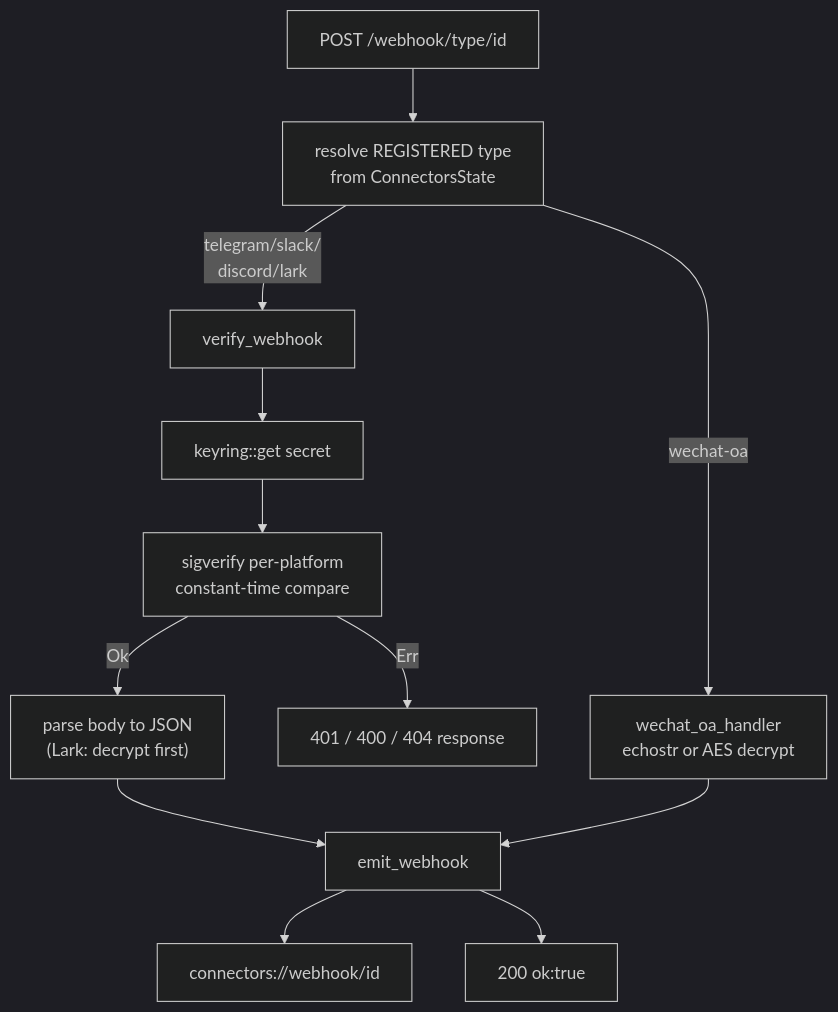
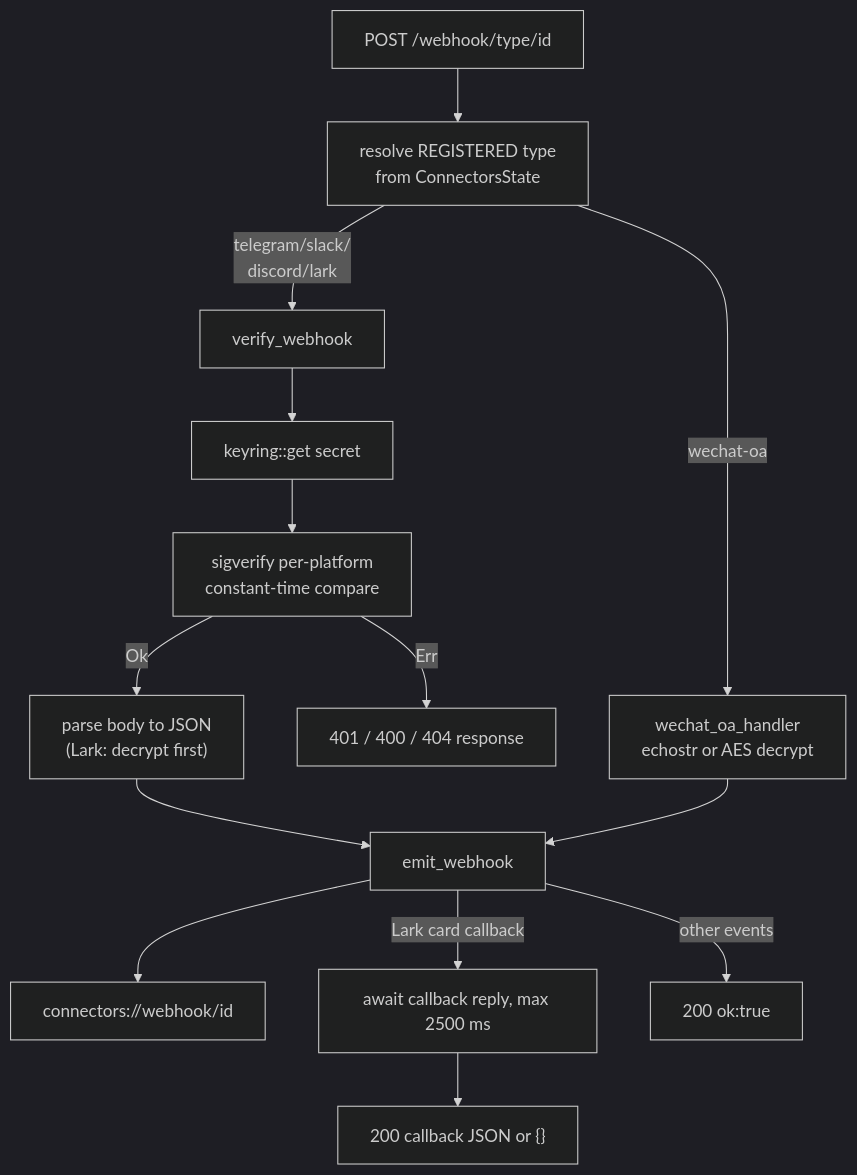
Before and after one commit to MaxQian888/cognia-next: the first of 2 diagrams in docs/content/docs/en/subsystems/platform-connectors/rust-layer.mdx, drawn with Mermaid (dark theme). The commit also changed other lines of this file and 74 other files, not shown here.

````diff
--- a/docs/content/docs/en/subsystems/platform-connectors/rust-layer.mdx
+++ b/docs/content/docs/en/subsystems/platform-connectors/rust-layer.mdx
@@ -95,14 +98,16 @@
 ```mermaid
 flowchart TD
   REQ["POST /webhook/type/id"] --> RES["resolve REGISTERED type<br/>from ConnectorsState"]
   RES -->|"wechat-oa"| WOA["wechat_oa_handler<br/>echostr or AES decrypt"]
   RES -->|"telegram/slack/<br/>discord/lark"| VW["verify_webhook"]
   VW --> KR["keyring::get secret"]
   KR --> SV["sigverify per-platform<br/>constant-time compare"]
   SV -->|"Err"| E401["401 / 400 / 404 response"]
   SV -->|"Ok"| PARSE["parse body to JSON<br/>(Lark: decrypt first)"]
   PARSE --> EMIT["emit_webhook"]
   EMIT --> CH["connectors://webhook/id"]
-  EMIT --> OK["200 ok:true"]
+  EMIT -->|"Lark card callback"| WAIT["await callback reply, max 2500 ms"]
+  WAIT --> REPLY["200 callback JSON or {}"]
+  EMIT -->|"other events"| OK["200 ok:true"]
   WOA --> EMIT
 ```
````
